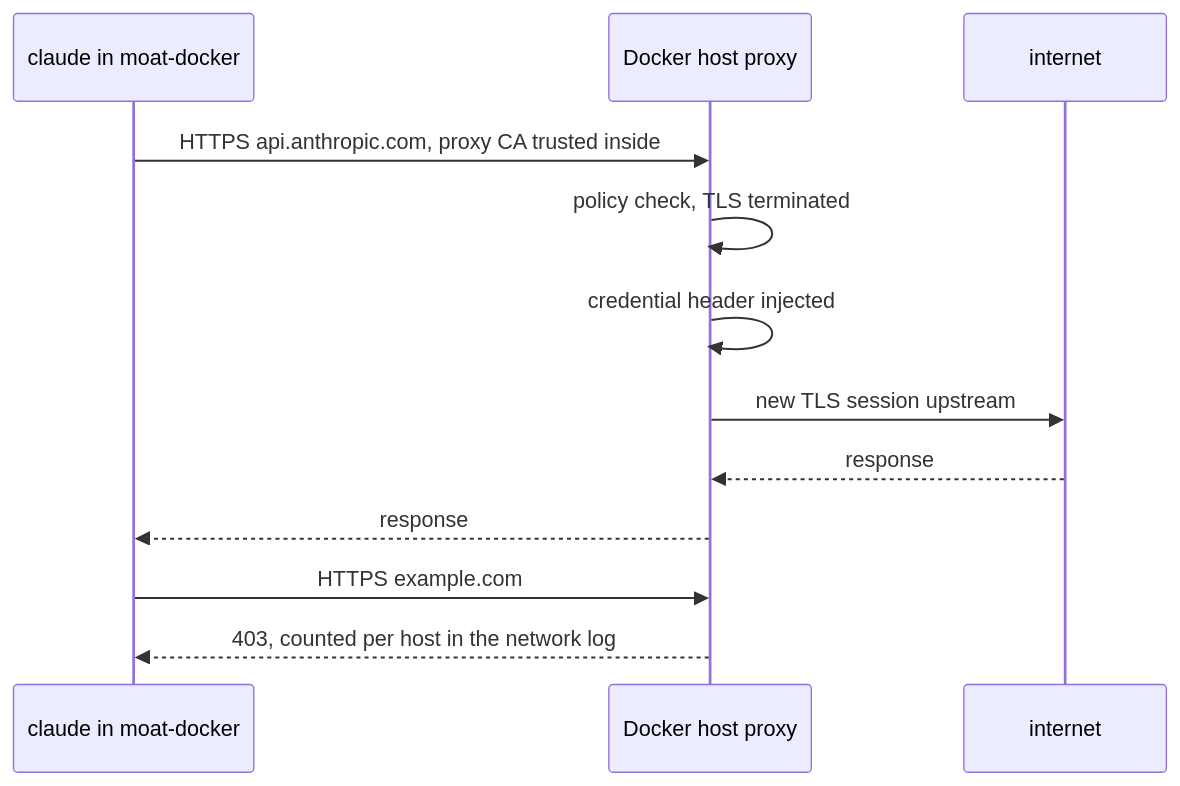
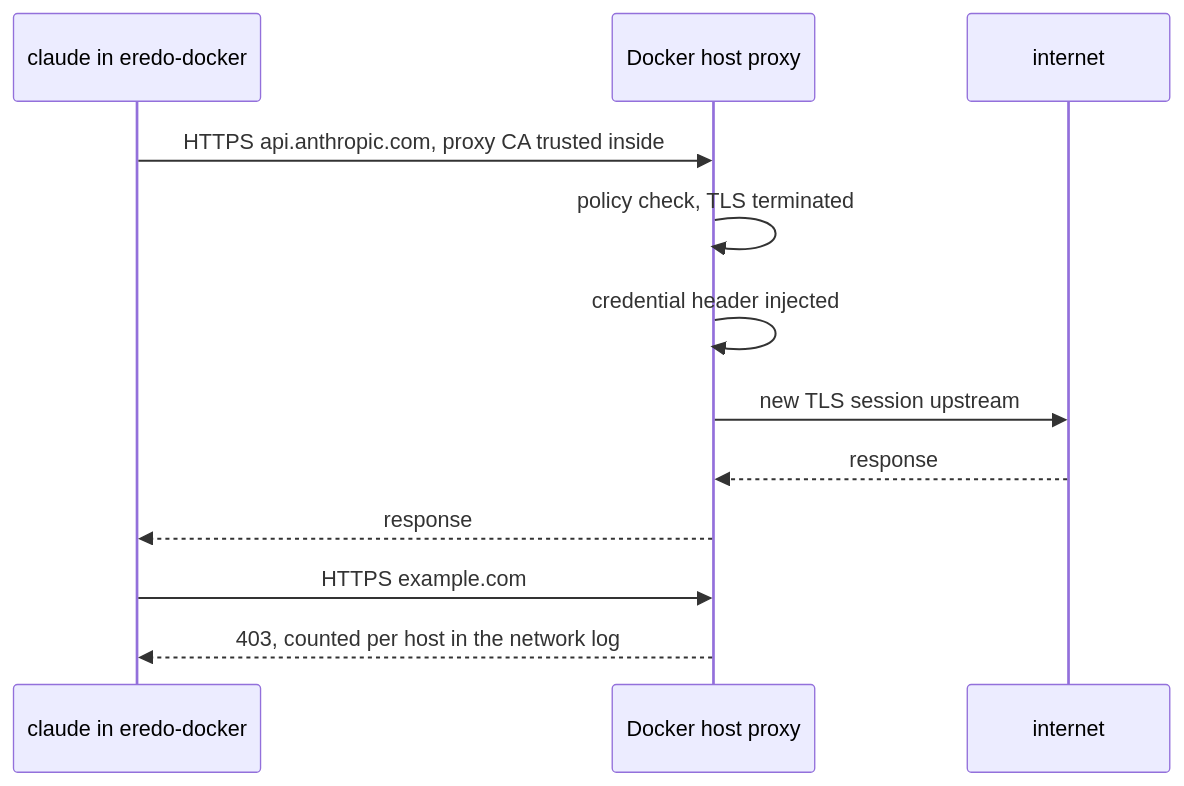
Before and after one commit to marhaasa/eredo: the fifth of 7 diagrams in ARCHITECTURE.md, drawn with Mermaid. The commit also changed other lines of this file and 30 other files, not shown here.

````diff
--- a/ARCHITECTURE.md
+++ b/ARCHITECTURE.md
@@ -119,14 +122,14 @@
 ```mermaid
 sequenceDiagram
-  participant C as claude in moat-docker
+  participant C as claude in eredo-docker
   participant P as Docker host proxy
   participant I as internet
   C->>P: HTTPS api.anthropic.com, proxy CA trusted inside
   P->>P: policy check, TLS terminated
   P->>P: credential header injected
   P->>I: new TLS session upstream
   I-->>P: response
   P-->>C: response
   C->>P: HTTPS example.com
   P-->>C: 403, counted per host in the network log
 ```
````
